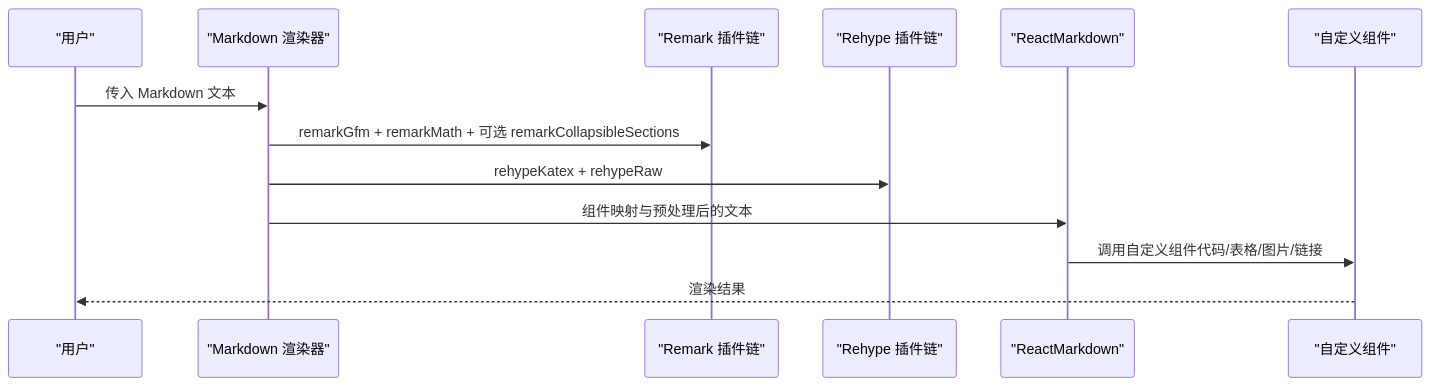
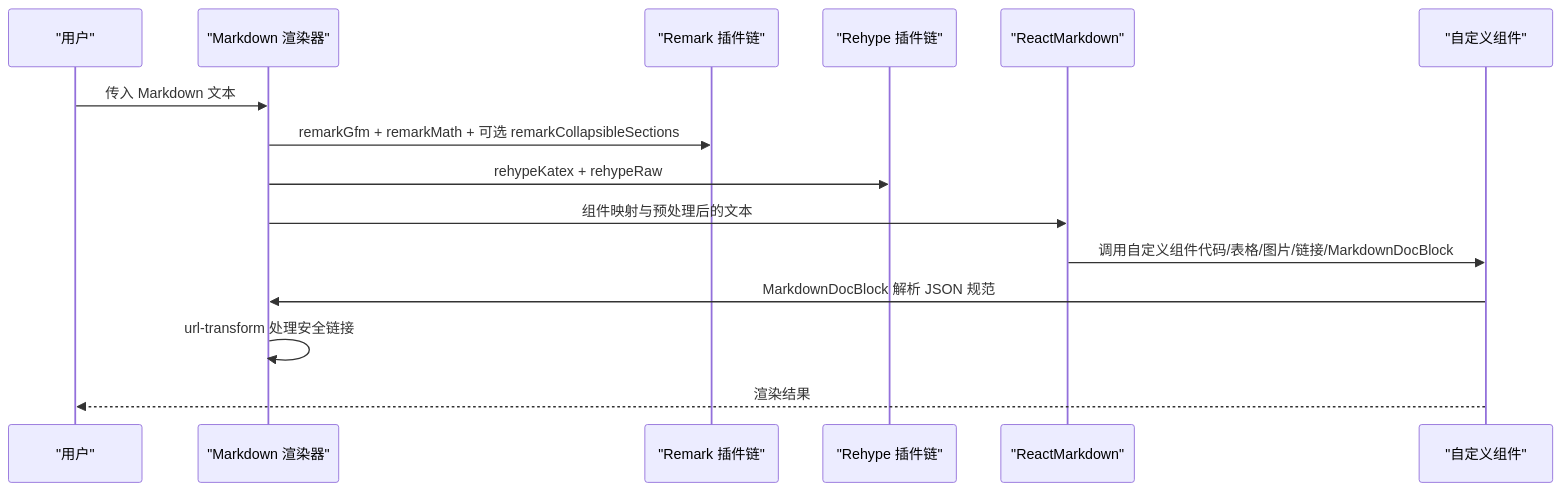
The second of 10 diagrams in .qoder/repowiki/zh/content/UI 组件库/Markdown 组件.md (haolange/craft-agents-oss), drawn with Mermaid before and after one commit. The commit also changed other lines of this file and 5 other files, not shown here.

````diff
--- a/.qoder/repowiki/zh/content/UI 组件库/Markdown 组件.md
+++ b/.qoder/repowiki/zh/content/UI 组件库/Markdown 组件.md
@@ -110,15 +136,17 @@
 ```mermaid
 sequenceDiagram
 participant U as "用户"
 participant MD as "Markdown 渲染器"
 participant RM as "Remark 插件链"
 participant RH as "Rehype 插件链"
 participant RC as "ReactMarkdown"
 participant CC as "自定义组件"
 U->>MD : 传入 Markdown 文本
 MD->>RM : remarkGfm + remarkMath + 可选 remarkCollapsibleSections
 MD->>RH : rehypeKatex + rehypeRaw
 MD->>RC : 组件映射与预处理后的文本
-RC->>CC : 调用自定义组件代码/表格/图片/链接
+RC->>CC : 调用自定义组件代码/表格/图片/链接/MarkdownDocBlock
+CC->>MD : MarkdownDocBlock 解析 JSON 规范
+MD->>MD : url-transform 处理安全链接
 CC-->>U : 渲染结果
 ```
````
